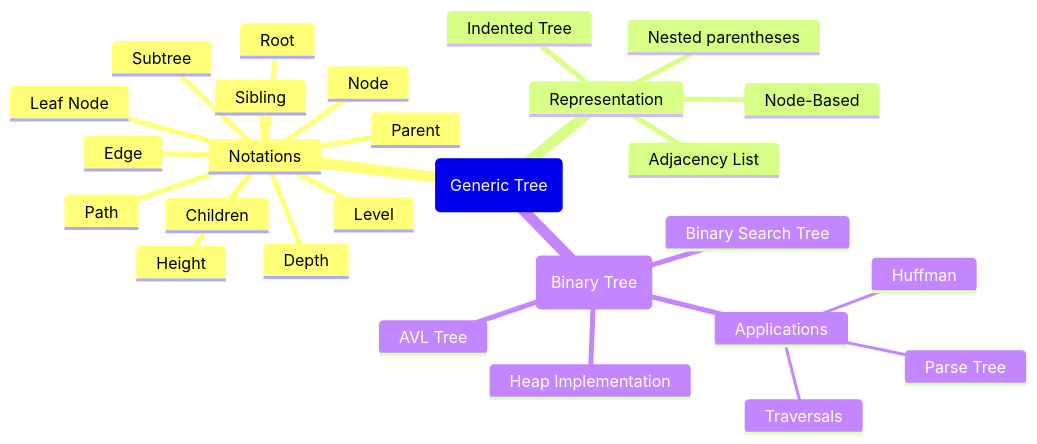
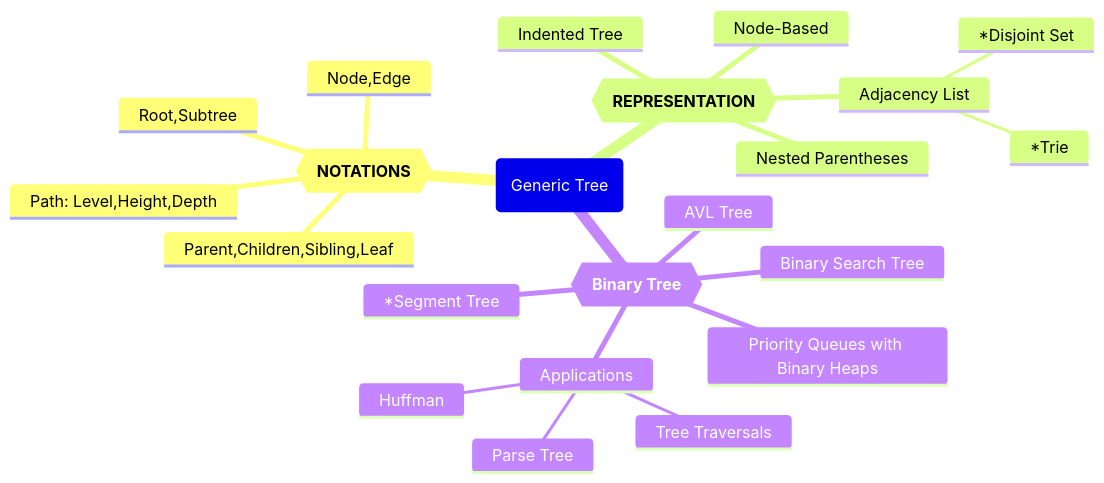
One commit to GMyhf/2024spring-cs201 changed the second of 2 diagrams in dsa_mindmap.md. Above: the diagram before and after it, drawn with Mermaid. The commit also changed other lines of this file, not shown here.

````diff
--- a/dsa_mindmap.md
+++ b/dsa_mindmap.md
@@ -59,32 +59,27 @@
 ```mermaid
 mindmap
   root(Generic Tree)
-    Notations
-    	Node
-    	Edge
-    	Root
-    	Path
-    	Children
-    	Parent
-    	Sibling
-    	Subtree
-    	Leaf Node
-    	Level
-    	Height
-    	Depth
+    Notations{{**NOTATIONS**}}
+    	Node,Edge
+    	Root,Subtree
+    	Parent,Children,Sibling,Leaf
+    	Path: Level,Height,Depth
       
-    Representation
-      Nested parentheses
+    Representation{{**REPRESENTATION**}}
+      Nested Parentheses
       Node-Based
       Indented Tree
-      Adjacency List 
+      Adjacency List
+      	*Disjoint Set
+      	*Trie
       
-    Binary Tree(Binary Tree)
+    Binary Tree{{**Binary Tree**}}
       Applications
       	Parse Tree
-      	Traversals
+      	Tree Traversals
       	Huffman
-      Heap Implementation
+      Priority Queues with Binary Heaps
       Binary Search Tree
       AVL Tree
+      *Segment Tree
 ```
````
